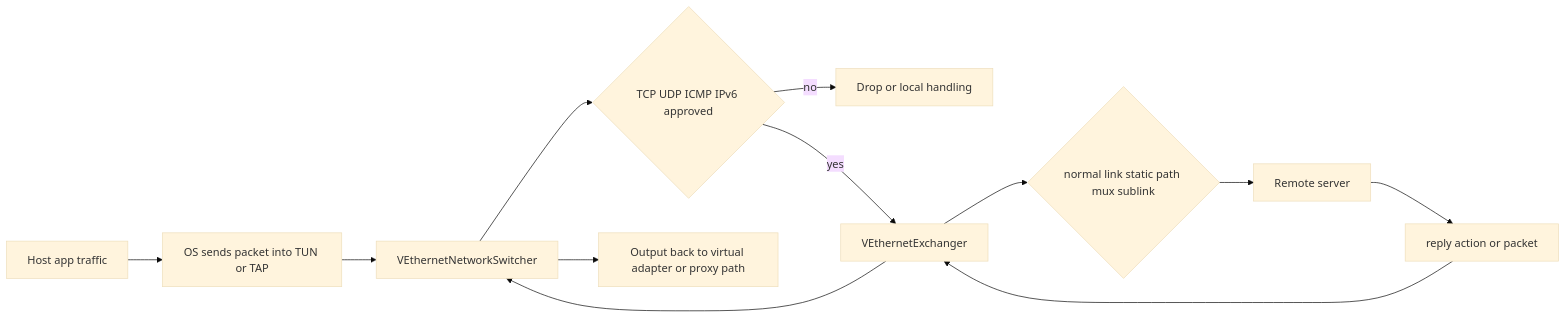
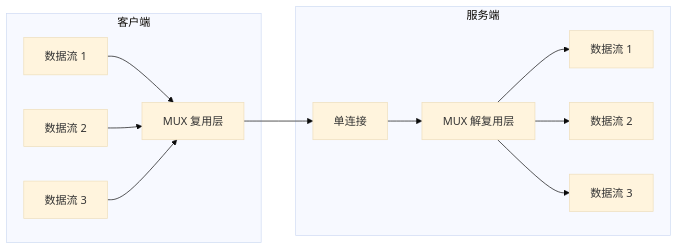
Before and after one commit to HyacinthHaru/openppp2: the tenth of 12 diagrams in docs/CLIENT_ARCHITECTURE_CN.md, drawn with Mermaid (base theme). The commit also changed other lines of this file and 31 other files, not shown here.

````diff
--- a/docs/CLIENT_ARCHITECTURE_CN.md
+++ b/docs/CLIENT_ARCHITECTURE_CN.md
@@ -394,14 +383,17 @@
 ```mermaid
 flowchart LR
-    A[Host app traffic] --> B[OS sends packet into TUN or TAP]
-    B --> C[VEthernetNetworkSwitcher]
-    C --> D{TCP UDP ICMP IPv6 approved}
-    D -- no --> E[Drop or local handling]
-    D -- yes --> F[VEthernetExchanger]
-    F --> G{normal link static path mux sublink}
-    G --> H[Remote server]
-    H --> I[reply action or packet]
-    I --> F
-    F --> C
-    C --> J[Output back to virtual adapter or proxy path]
+    subgraph 客户端
+        A[数据流 1] --> B[MUX 复用层]
+        C[数据流 2] --> B
+        D[数据流 3] --> B
+    end
+    
+    B --> E[单连接]
+    
+    subgraph 服务端
+        E --> F[MUX 解复用层]
+        F --> G[数据流 1]
+        F --> H[数据流 2]
+        F --> I[数据流 3]
+    end
 ```
````
